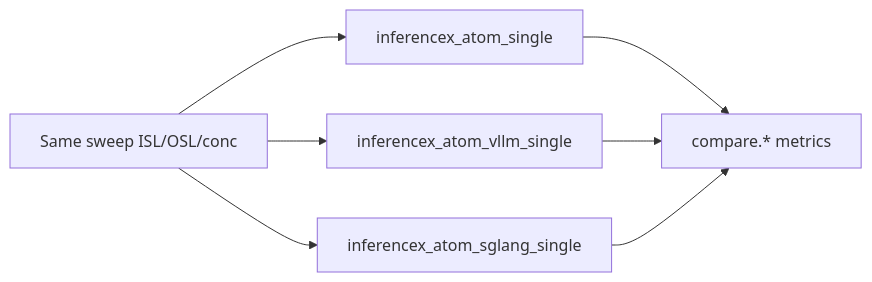
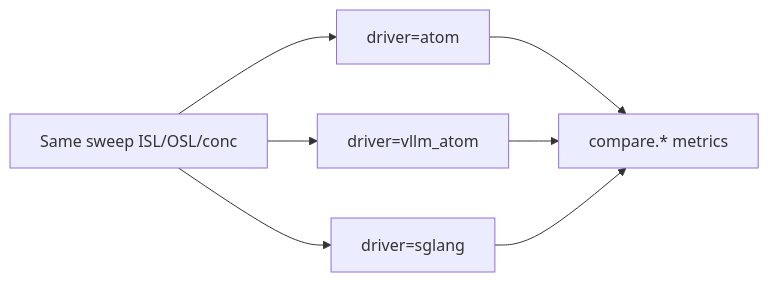
One commit to ROCm/cvs changed the sixth of 8 diagrams in plans/inferencex-atom-cvs-automation-plan.md. Above: the diagram before and after it, drawn with Mermaid. The commit also changed other lines of this file and 3 other files, not shown here.

First line of the commit message:
docs(inferencex_atom): align plan and runbooks with PP=2 driver model

````diff
--- a/plans/inferencex-atom-cvs-automation-plan.md
+++ b/plans/inferencex-atom-cvs-automation-plan.md
@@ -932,13 +944,13 @@
 ```mermaid
 flowchart LR
   REF["Same sweep ISL/OSL/conc"]
-  A["inferencex_atom_single"]
-  V["inferencex_atom_vllm_single"]
-  S["inferencex_atom_sglang_single"]
+  A["driver=atom"]
+  V["driver=vllm_atom"]
+  S["driver=sglang"]
   REF --> A
   REF --> V
   REF --> S
   A --> CMP["compare.* metrics"]
   V --> CMP
   S --> CMP
 ```
````
